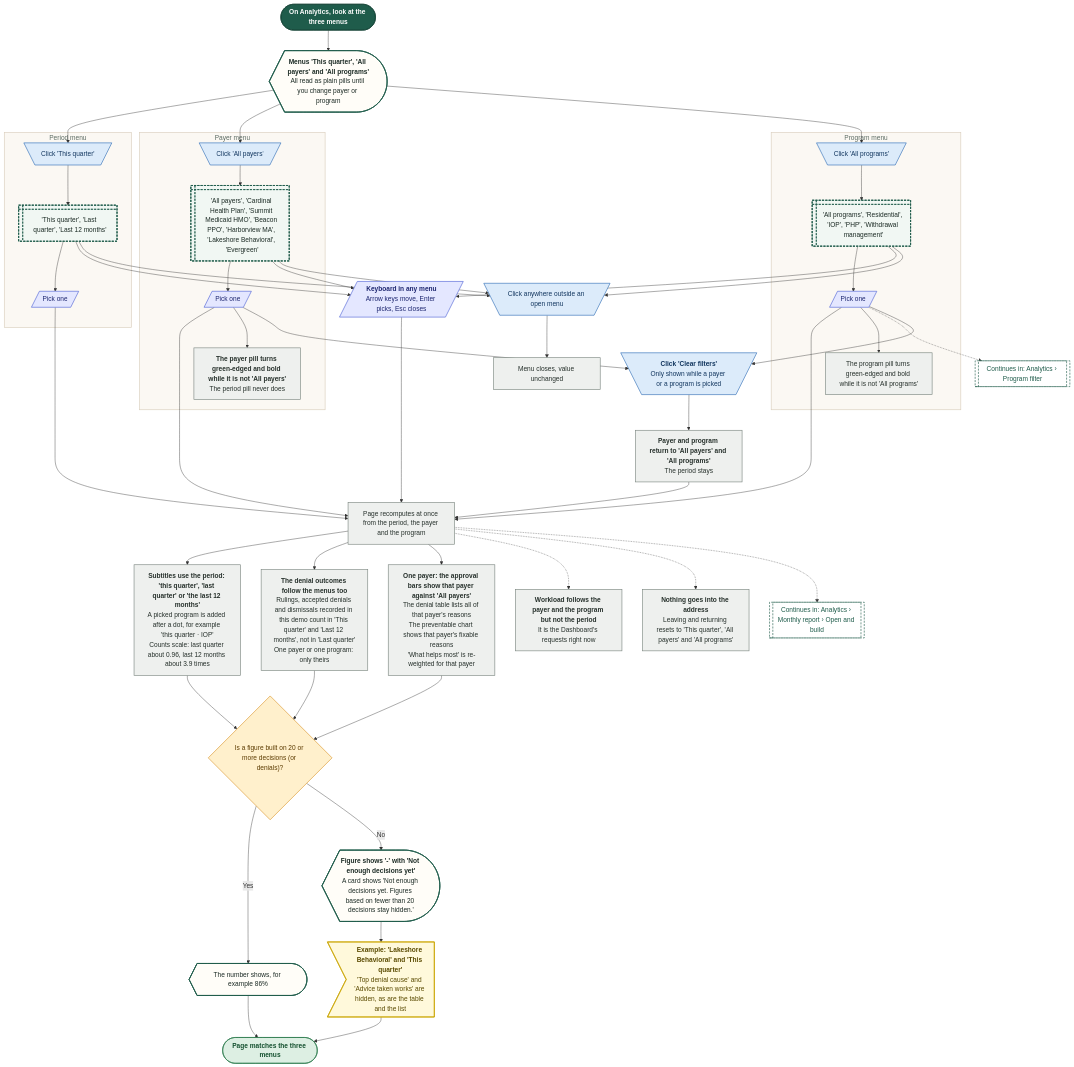
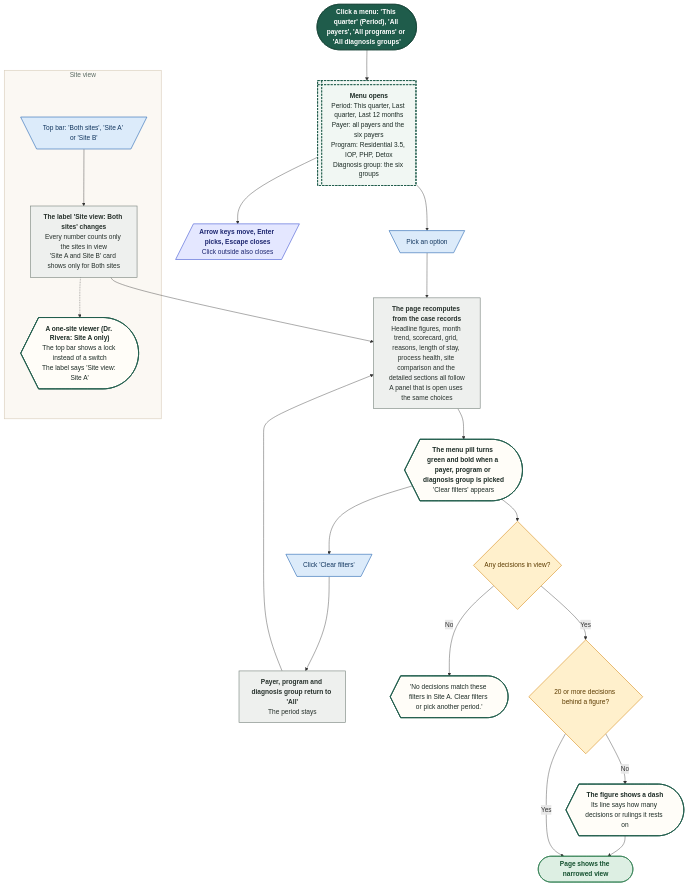
The second of 18 diagrams in demos/prior-auth-demo/workflows/out/md/08-analytics.md (Shrav143/psyfloapp), drawn with Mermaid before and after one commit. The commit also changed other lines of this file and 251 other files, not shown here.

First line of the commit message:
docs: rebuild the workflow diagrams (291) for round 4

````diff
--- a/demos/prior-auth-demo/workflows/out/md/08-analytics.md
+++ b/demos/prior-auth-demo/workflows/out/md/08-analytics.md
@@ -122,74 +117,41 @@
   classDef k_wait fill:#E4E8EE,stroke:#6B7C93,color:#26303D,stroke-width:1.5px
   classDef k_toast fill:#FFF9DB,stroke:#C9A400,color:#5A4A00,stroke-width:1.5px
   classDef k_goto fill:#FFFFFF,stroke:#1F5C4B,color:#1F5C4B,stroke-width:1.5px,stroke-dasharray:5 3
-  s1@{ shape: stadium, label: "On Analytics, look at the three menus" }
-  sc@{ shape: curv-trap, label: "<b>Menus 'This quarter', 'All payers' and 'All programs'</b><br/>All read as plain pills until you change payer or program" }
-  subgraph gPeriod ["Period menu"]
-  c1@{ shape: trap-t, label: "Click 'This quarter'" }
-  o1@{ shape: win-pane, label: "'This quarter', 'Last quarter', 'Last 12 months'" }
-  i1@{ shape: lean-r, label: "Pick one" }
+  s1@{ shape: stadium, label: "Click a menu: 'This quarter' (Period), 'All payers', 'All programs' or 'All diagnosis groups'" }
+  o1@{ shape: win-pane, label: "<b>Menu opens</b><br/>Period: This quarter, Last quarter, Last 12 months<br/>Payer: all payers and the six payers<br/>Program: Residential 3.5, IOP, PHP, Detox<br/>Diagnosis group: the six groups" }
+  k1@{ shape: lean-r, label: "<b>Arrow keys move, Enter picks, Escape closes</b><br/>Click outside also closes" }
+  c1@{ shape: trap-t, label: "Pick an option" }
+  p1@{ shape: rect, label: "<b>The page recomputes from the case records</b><br/>Headline figures, month trend, scorecard, grid, reasons, length of stay, process health, site comparison and the detailed sections all follow<br/>A panel that is open uses the same choices" }
+  sc@{ shape: curv-trap, label: "<b>The menu pill turns green and bold when a payer, program or diagnosis group is picked</b><br/>'Clear filters' appears" }
+  c2@{ shape: trap-t, label: "Click 'Clear filters'" }
+  p2@{ shape: rect, label: "<b>Payer, program and diagnosis group return to 'All'</b><br/>The period stays" }
+  subgraph gSite ["Site view"]
+  c3@{ shape: trap-t, label: "Top bar: 'Both sites', 'Site A' or 'Site B'" }
+  p3@{ shape: rect, label: "<b>The label 'Site view: Both sites' changes</b><br/>Every number counts only the sites in view<br/>'Site A and Site B' card shows only for Both sites" }
+  r1@{ shape: curv-trap, label: "<b>A one-site viewer (Dr. Rivera: Site A only)</b><br/>The top bar shows a lock instead of a switch<br/>The label says 'Site view: Site A'" }
   end
-  subgraph gPayer ["Payer menu"]
-  c2@{ shape: trap-t, label: "Click 'All payers'" }
-  o2@{ shape: win-pane, label: "'All payers', 'Cardinal Health Plan', 'Summit Medicaid HMO', 'Beacon PPO', 'Harborview MA', 'Lakeshore Behavioral', 'Evergreen'" }
-  i2@{ shape: lean-r, label: "Pick one" }
-  p2@{ shape: rect, label: "<b>The payer pill turns green-edged and bold while it is not 'All payers'</b><br/>The period pill never does" }
-  end
-  subgraph gProgram ["Program menu"]
-  c4@{ shape: trap-t, label: "Click 'All programs'" }
-  o4@{ shape: win-pane, label: "'All programs', 'Residential', 'IOP', 'PHP', 'Withdrawal management'" }
-  i4@{ shape: lean-r, label: "Pick one" }
-  p4@{ shape: rect, label: "The program pill turns green-edged and bold while it is not 'All programs'" }
-  end
-  gp@{ shape: subproc, label: "Continues in: Analytics › Program filter" }
-  cl@{ shape: trap-t, label: "<b>Click 'Clear filters'</b><br/>Only shown while a payer or a program is picked" }
-  pcl@{ shape: rect, label: "<b>Payer and program return to 'All payers' and 'All programs'</b><br/>The period stays" }
-  k1@{ shape: lean-r, label: "<b>Keyboard in any menu</b><br/>Arrow keys move, Enter picks, Esc closes" }
-  k2@{ shape: trap-t, label: "Click anywhere outside an open menu" }
-  p1@{ shape: rect, label: "Menu closes, value unchanged" }
-  r1@{ shape: rect, label: "Page recomputes at once from the period, the payer and the program" }
-  r2@{ shape: rect, label: "<b>Subtitles use the period: 'this quarter', 'last quarter' or 'the last 12 months'</b><br/>A picked program is added after a dot, for example 'this quarter · IOP'<br/>Counts scale: last quarter about 0.96, last 12 months about 3.9 times" }
-  r4@{ shape: rect, label: "<b>The denial outcomes follow the menus too</b><br/>Rulings, accepted denials and dismissals recorded in this demo count in 'This quarter' and 'Last 12 months', not in 'Last quarter'<br/>One payer or one program: only theirs" }
-  r3@{ shape: rect, label: "<b>One payer: the approval bars show that payer against 'All payers'</b><br/>The denial table lists all of that payer's reasons<br/>The preventable chart shows that payer's fixable reasons<br/>'What helps most' is re-weighted for that payer" }
-  r5@{ shape: rect, label: "<b>Workload follows the payer and the program but not the period</b><br/>It is the Dashboard's requests right now" }
-  q1@{ shape: diam, label: "Is a figure built on 20 or more decisions (or denials)?" }
-  ok@{ shape: curv-trap, label: "The number shows, for example 86%" }
-  hid@{ shape: curv-trap, label: "<b>Figure shows '-' with 'Not enough decisions yet'</b><br/>A card shows 'Not enough decisions yet. Figures based on fewer than 20 decisions stay hidden.'" }
-  ex@{ shape: odd, label: "<b>Example: 'Lakeshore Behavioral' and 'This quarter'</b><br/>'Top denial cause' and 'Advice taken works' are hidden, as are the table and the list" }
-  p3@{ shape: rect, label: "<b>Nothing goes into the address</b><br/>Leaving and returning resets to 'This quarter', 'All payers' and 'All programs'" }
-  g1@{ shape: subproc, label: "Continues in: Analytics › Monthly report › Open and build" }
-  e1@{ shape: stadium, label: "Page matches the three menus" }
-  s1 --> sc
-  sc --> c1 --> o1 --> i1 --> r1
-  sc --> c2 --> o2 --> i2 --> r1
-  sc --> c4 --> o4 --> i4 --> r1
-  i2 --> p2
-  i4 --> p4
-  i4 -.-> gp
-  o1 & o2 & o4 --> k1
-  o1 & o2 & o4 --> k2 --> p1
-  k1 --> r1
-  i2 & i4 --> cl --> pcl --> r1
-  r1 --> r2 --> q1
-  r1 --> r4 --> q1
-  r1 --> r3
-  r3 --> q1
-  r1 -.-> r5
-  q1 -->|"Yes"| ok --> e1
-  q1 -->|"No"| hid --> ex --> e1
-  r1 -.-> p3
-  r1 -.-> g1
+  q1@{ shape: diam, label: "Any decisions in view?" }
+  e1@{ shape: curv-trap, label: "'No decisions match these filters in Site A. Clear filters or pick another period.'" }
+  q2@{ shape: diam, label: "20 or more decisions behind a figure?" }
+  h1@{ shape: curv-trap, label: "<b>The figure shows a dash</b><br/>Its line says how many decisions or rulings it rests on" }
+  e2@{ shape: stadium, label: "Page shows the narrowed view" }
+  s1 --> o1
+  o1 --> k1
+  o1 --> c1 --> p1 --> sc --> q1
+  sc --> c2 --> p2 --> p1
+  c3 --> p3 --> p1
+  p3 -.-> r1
+  q1 -->|"No"| e1
+  q1 -->|"Yes"| q2
+  q2 -->|"No"| h1 --> e2
+  q2 -->|"Yes"| e2
   class s1 k_start
-  class sc,ok,hid k_screen
-  class c1,c2,c4,cl,k2 k_click
-  class o1,o2,o4 k_overlay
-  class i1,i2,i4,k1 k_input
-  class p2,p4,pcl,p1,r1,r2,r4,r3,r5,p3 k_process
-  class gp,g1 k_goto
-  class q1 k_decision
-  class ex k_toast
-  class e1 k_end
-  style gPeriod fill:#FBF8F3,stroke:#D9CDBB,stroke-width:1.5px,color:#5B6B63
-  style gPayer fill:#FBF8F3,stroke:#D9CDBB,stroke-width:1.5px,color:#5B6B63
-  style gProgram fill:#FBF8F3,stroke:#D9CDBB,stroke-width:1.5px,color:#5B6B63
+  class o1 k_overlay
+  class k1 k_input
+  class c1,c2,c3 k_click
+  class p1,p2,p3 k_process
+  class sc,r1,e1,h1 k_screen
+  class q1,q2 k_decision
+  class e2 k_end
+  style gSite fill:#FBF8F3,stroke:#D9CDBB,stroke-width:1.5px,color:#5B6B63
 ```
````
